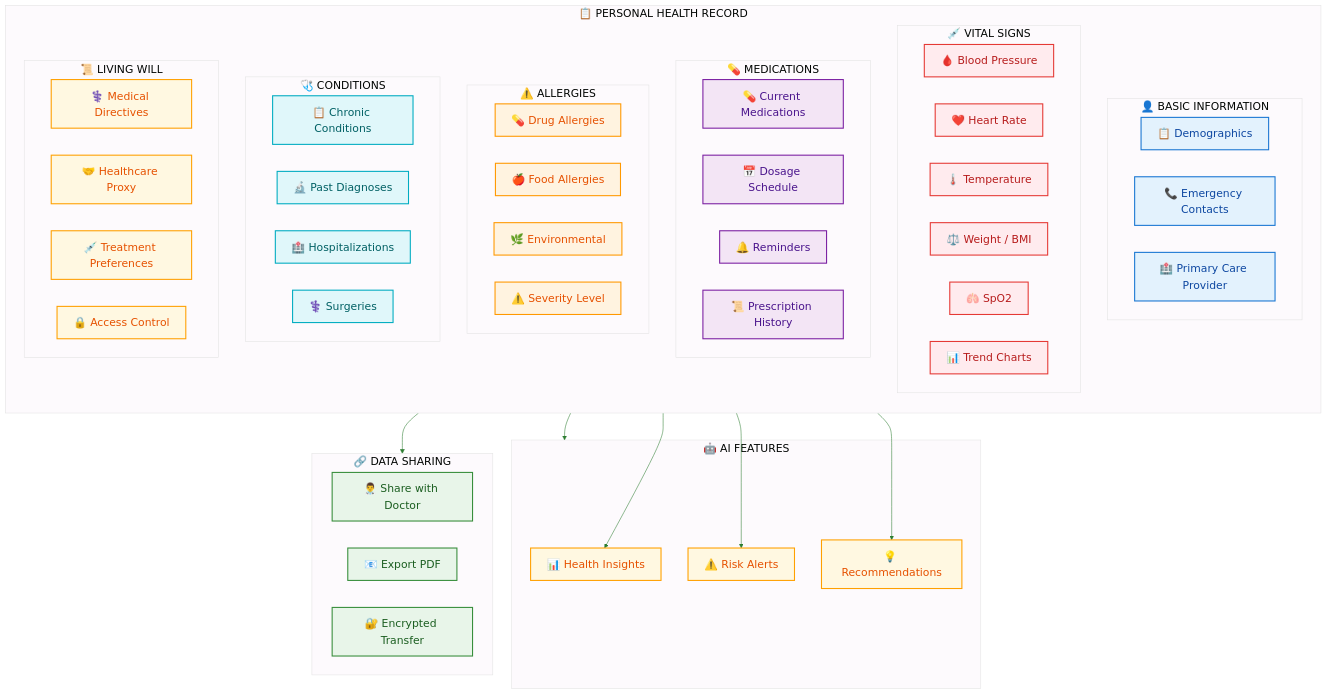
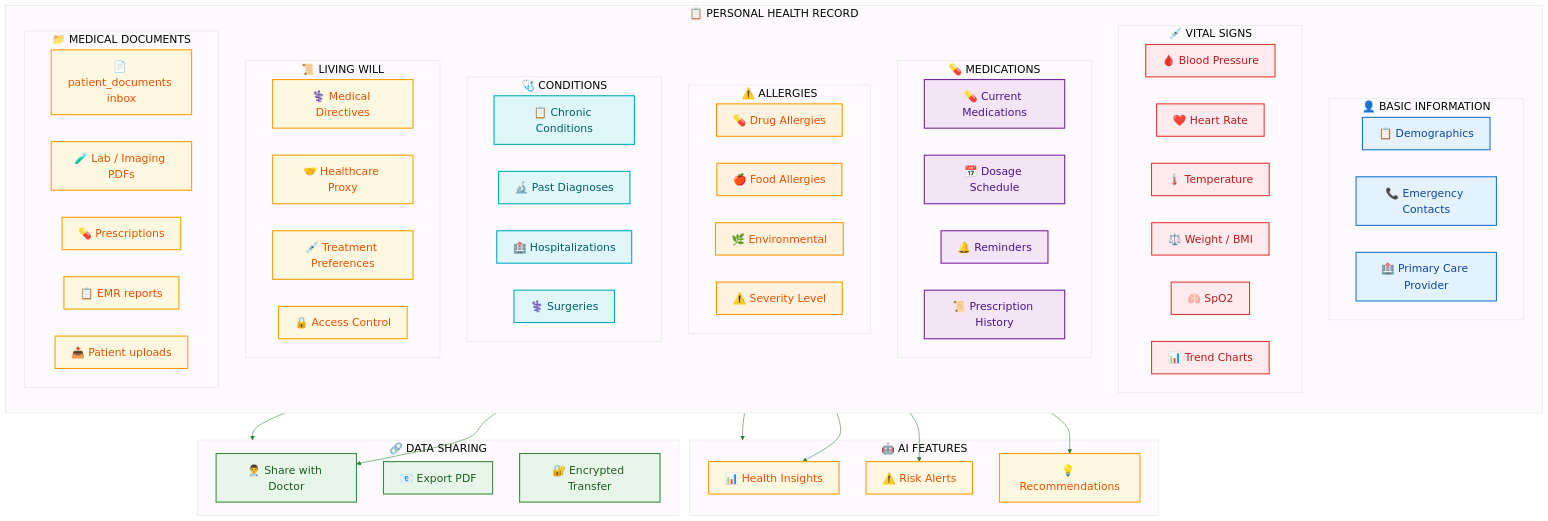
The diagram in Documents/Presentations/diagrams/11-phr-management.mmd (chiraleo2000/Isara-Anywhere), drawn with Mermaid before and after one commit. The commit also changed 1697 other files, not shown here.

```diff
--- a/Documents/Presentations/diagrams/11-phr-management.mmd
+++ b/Documents/Presentations/diagrams/11-phr-management.mmd
@@ -1,95 +1,105 @@
 %%{init: {
   'theme': 'base',
   'themeVariables': {
     'primaryColor': '#E8F5E9',
     'primaryTextColor': '#1B5E20',
     'primaryBorderColor': '#4CAF50',
     'lineColor': '#2E7D32',
     'fontSize': '20px',
     'fontFamily': 'Segoe UI, Arial'
   }
 }}%%
 
 flowchart TB
     subgraph PHR["📋 PERSONAL HEALTH RECORD"]
         direction TB
         
         subgraph BASIC["👤 BASIC INFORMATION"]
             B1["📋 Demographics"]
             B2["📞 Emergency Contacts"]
             B3["🏥 Primary Care Provider"]
         end
         
         subgraph VITALS["💉 VITAL SIGNS"]
             V1["🩸 Blood Pressure"]
             V2["❤️ Heart Rate"]
             V3["🌡️ Temperature"]
             V4["⚖️ Weight / BMI"]
             V5["🫁 SpO2"]
             V6["📊 Trend Charts"]
         end
         
         subgraph MEDS["💊 MEDICATIONS"]
             M1["💊 Current Medications"]
             M2["📅 Dosage Schedule"]
             M3["🔔 Reminders"]
             M4["📜 Prescription History"]
         end
         
         subgraph ALLERGIES["⚠️ ALLERGIES"]
             A1["💊 Drug Allergies"]
             A2["🍎 Food Allergies"]
             A3["🌿 Environmental"]
             A4["⚠️ Severity Level"]
         end
         
         subgraph CONDITIONS["🩺 CONDITIONS"]
             C1["📋 Chronic Conditions"]
             C2["🔬 Past Diagnoses"]
             C3["🏥 Hospitalizations"]
             C4["⚕️ Surgeries"]
         end
         
         subgraph LIVING_WILL["📜 LIVING WILL"]
             L1["⚕️ Medical Directives"]
             L2["🤝 Healthcare Proxy"]
             L3["💉 Treatment Preferences"]
             L4["🔒 Access Control"]
         end
+        
+        subgraph DOCS["📁 MEDICAL DOCUMENTS"]
+            DOC1["📄 patient_documents inbox"]
+            DOC2["🧪 Lab / Imaging PDFs"]
+            DOC3["💊 Prescriptions"]
+            DOC4["📋 EMR reports"]
+            DOC5["📤 Patient uploads"]
+        end
     end
     
     subgraph AI_FEATURES["🤖 AI FEATURES"]
         AI1["📊 Health Insights"]
         AI2["⚠️ Risk Alerts"]
         AI3["💡 Recommendations"]
     end
     
     subgraph SHARING["🔗 DATA SHARING"]
         S1["👨‍⚕️ Share with Doctor"]
         S2["📧 Export PDF"]
         S3["🔐 Encrypted Transfer"]
     end
 
     PHR --> AI_FEATURES
     PHR --> SHARING
+    DOCS --> S1
     VITALS --> AI1
     CONDITIONS --> AI2
     MEDS --> AI3
 
     classDef basicStyle fill:#E3F2FD,stroke:#1976D2,stroke-width:2px,color:#0D47A1
     classDef vitalStyle fill:#FFEBEE,stroke:#E53935,stroke-width:2px,color:#B71C1C
     classDef medStyle fill:#F3E5F5,stroke:#7B1FA2,stroke-width:2px,color:#4A148C
     classDef allergyStyle fill:#FFF3E0,stroke:#FF9800,stroke-width:2px,color:#E65100
     classDef conditionStyle fill:#E0F7FA,stroke:#00ACC1,stroke-width:2px,color:#006064
     classDef willStyle fill:#FFF8E1,stroke:#FFA000,stroke-width:2px,color:#E65100
     classDef aiStyle fill:#FFF8E1,stroke:#FFA000,stroke-width:2px,color:#E65100
     classDef shareStyle fill:#E8F5E9,stroke:#388E3C,stroke-width:2px,color:#1B5E20
 
     class B1,B2,B3 basicStyle
     class V1,V2,V3,V4,V5,V6 vitalStyle
     class M1,M2,M3,M4 medStyle
     class A1,A2,A3,A4 allergyStyle
     class C1,C2,C3,C4 conditionStyle
     class L1,L2,L3,L4 willStyle
+    class DOC1,DOC2,DOC3,DOC4,DOC5 willStyle
     class AI1,AI2,AI3 aiStyle
     class S1,S2,S3 shareStyle
```
